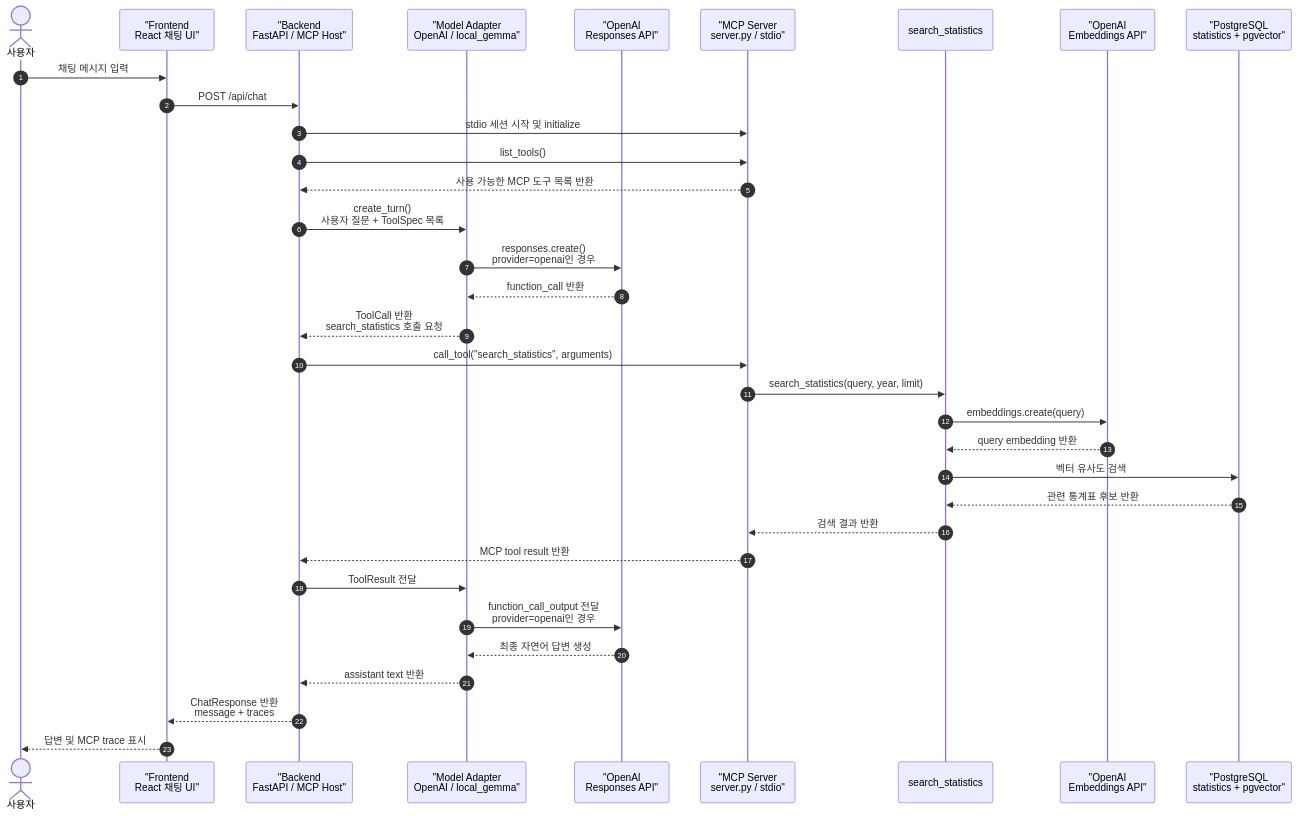
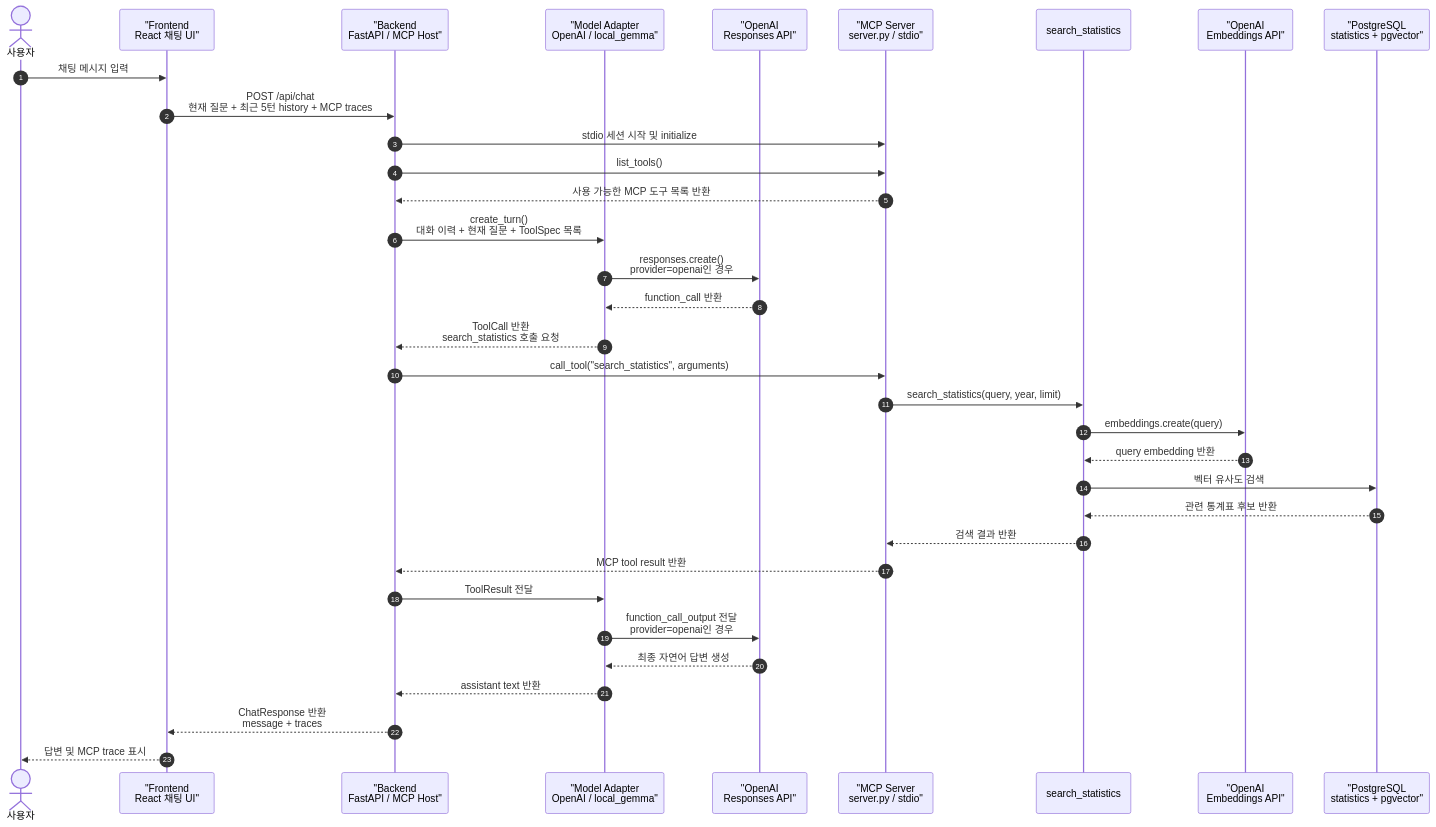
The diagram in docs/chat-flow.md (MOIS-2026-Intern/statyearbook-mcp), drawn with Mermaid before and after one commit. The commit also changed 6 other files, not shown here.

````diff
--- a/docs/chat-flow.md
+++ b/docs/chat-flow.md
@@ -3,46 +3,46 @@
 ```mermaid
 sequenceDiagram
     autonumber
 
     actor User as 사용자
     participant Frontend as "Frontend<br/>React 채팅 UI"
     participant Backend as "Backend<br/>FastAPI / MCP Host"
     participant Model as "Model Adapter<br/>OpenAI / local_gemma"
     participant OpenAI as "OpenAI<br/>Responses API"
     participant MCP as "MCP Server<br/>server.py / stdio"
     participant Tool as search_statistics
     participant Embed as "OpenAI<br/>Embeddings API"
     participant DB as "PostgreSQL<br/>statistics + pgvector"
 
     User->>Frontend: 채팅 메시지 입력
-    Frontend->>Backend: POST /api/chat
+    Frontend->>Backend: POST /api/chat<br/>현재 질문 + 최근 5턴 history + MCP traces
 
     Backend->>MCP: stdio 세션 시작 및 initialize
     Backend->>MCP: list_tools()
     MCP-->>Backend: 사용 가능한 MCP 도구 목록 반환
 
-    Backend->>Model: create_turn()<br/>사용자 질문 + ToolSpec 목록
+    Backend->>Model: create_turn()<br/>대화 이력 + 현재 질문 + ToolSpec 목록
     Model->>OpenAI: responses.create()<br/>provider=openai인 경우
     OpenAI-->>Model: function_call 반환
     Model-->>Backend: ToolCall 반환<br/>search_statistics 호출 요청
 
     Backend->>MCP: call_tool("search_statistics", arguments)
     MCP->>Tool: search_statistics(query, year, limit)
 
     Tool->>Embed: embeddings.create(query)
     Embed-->>Tool: query embedding 반환
 
     Tool->>DB: 벡터 유사도 검색
     DB-->>Tool: 관련 통계표 후보 반환
 
     Tool-->>MCP: 검색 결과 반환
     MCP-->>Backend: MCP tool result 반환
 
     Backend->>Model: ToolResult 전달
     Model->>OpenAI: function_call_output 전달<br/>provider=openai인 경우
     OpenAI-->>Model: 최종 자연어 답변 생성
     Model-->>Backend: assistant text 반환
 
     Backend-->>Frontend: ChatResponse 반환<br/>message + traces
     Frontend-->>User: 답변 및 MCP trace 표시
 ```
````
